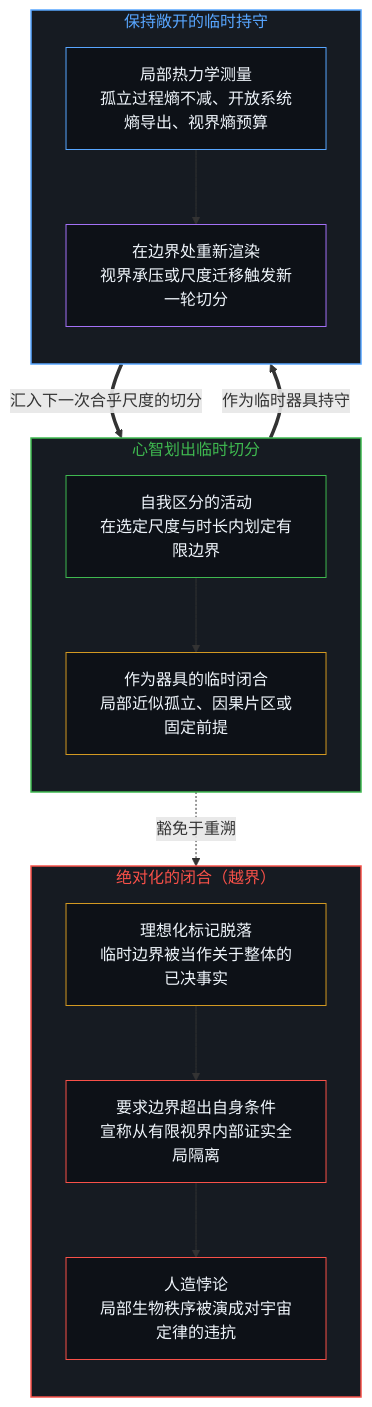
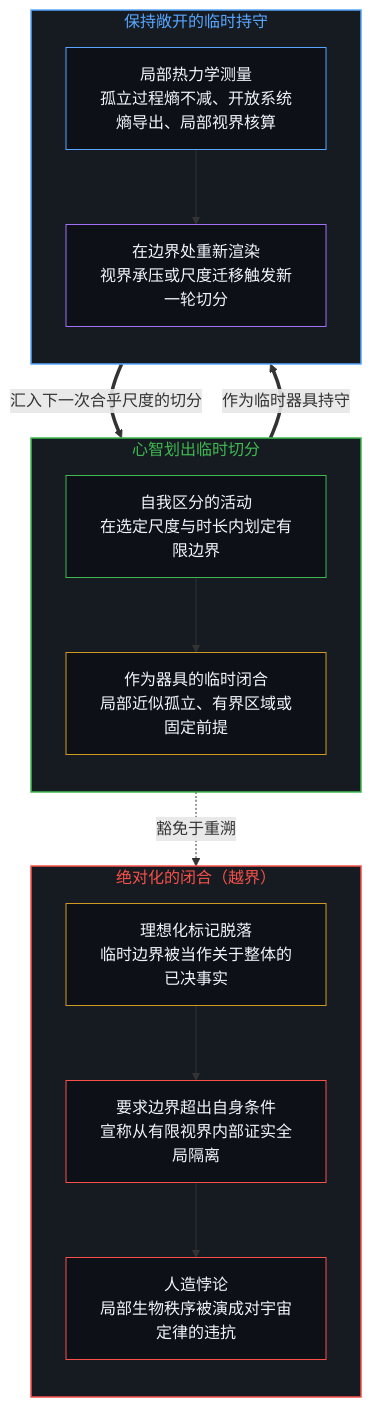
One commit to powerpig99/not-a-toe changed the first of 4 diagrams in content/posts/boundary-of-the-isolation-idealization-and-the-non-closable-open.md. Above: the diagram before and after it, drawn with Mermaid. The commit also changed other lines of this file and 24 other files, not shown here.

````diff
--- a/content/posts/boundary-of-the-isolation-idealization-and-the-non-closable-open.md
+++ b/content/posts/boundary-of-the-isolation-idealization-and-the-non-closable-open.md
@@ -47,35 +47,35 @@
 ```mermaid
 flowchart TD
     subgraph S_Mind["心智划出临时切分"]
         direction TB
         M_Act["自我区分的活动<br/>在选定尺度与时长内划定有限边界"]
-        M_Hold["作为器具的临时闭合<br/>局部近似孤立、因果片区或固定前提"]
+        M_Hold["作为器具的临时闭合<br/>局部近似孤立、有界区域或固定前提"]
         M_Act --> M_Hold
     end
     subgraph S_Work["保持敞开的临时持守"]
         direction TB
-        W_Meas["局部热力学测量<br/>孤立过程熵不减、开放系统熵导出、视界熵预算"]
+        W_Meas["局部热力学测量<br/>孤立过程熵不减、开放系统熵导出、局部视界核算"]
         W_Re["在边界处重新渲染<br/>视界承压或尺度迁移触发新一轮切分"]
         W_Meas --> W_Re
     end
     subgraph S_Over["绝对化的闭合（越界）"]
         direction TB
         O_Drop["理想化标记脱落<br/>临时边界被当作关于整体的已决事实"]
         O_Ask["要求边界超出自身条件<br/>宣称从有限视界内部证实全局隔离"]
         O_Para["人造悖论<br/>局部生物秩序被演成对宇宙定律的违抗"]
         O_Drop --> O_Ask --> O_Para
     end
     M_Hold ==>|"作为临时器具持守"| W_Meas
     W_Re ==>|"汇入下一次合乎尺度的切分"| M_Act
     M_Hold -.->|"豁免于重溯"| O_Drop
     style S_Mind fill:#161b22,stroke:#3fb950,stroke-width:1.5px,color:#3fb950
     style S_Work fill:#161b22,stroke:#58a6ff,stroke-width:1.5px,color:#58a6ff
     style S_Over fill:#161b22,stroke:#f85149,stroke-width:1.5px,color:#f85149
     style M_Act fill:#0d1117,stroke:#3fb950,stroke-width:1px,color:#f0f6fc
     style M_Hold fill:#0d1117,stroke:#d29922,stroke-width:1px,color:#f0f6fc
     style W_Meas fill:#0d1117,stroke:#58a6ff,stroke-width:1px,color:#f0f6fc
     style W_Re fill:#0d1117,stroke:#a371f7,stroke-width:1px,color:#f0f6fc
     style O_Drop fill:#0d1117,stroke:#d29922,stroke-width:1px,color:#f0f6fc
     style O_Ask fill:#0d1117,stroke:#f85149,stroke-width:1px,color:#f0f6fc
     style O_Para fill:#0d1117,stroke:#f85149,stroke-width:1px,color:#f0f6fc
 ```
````
